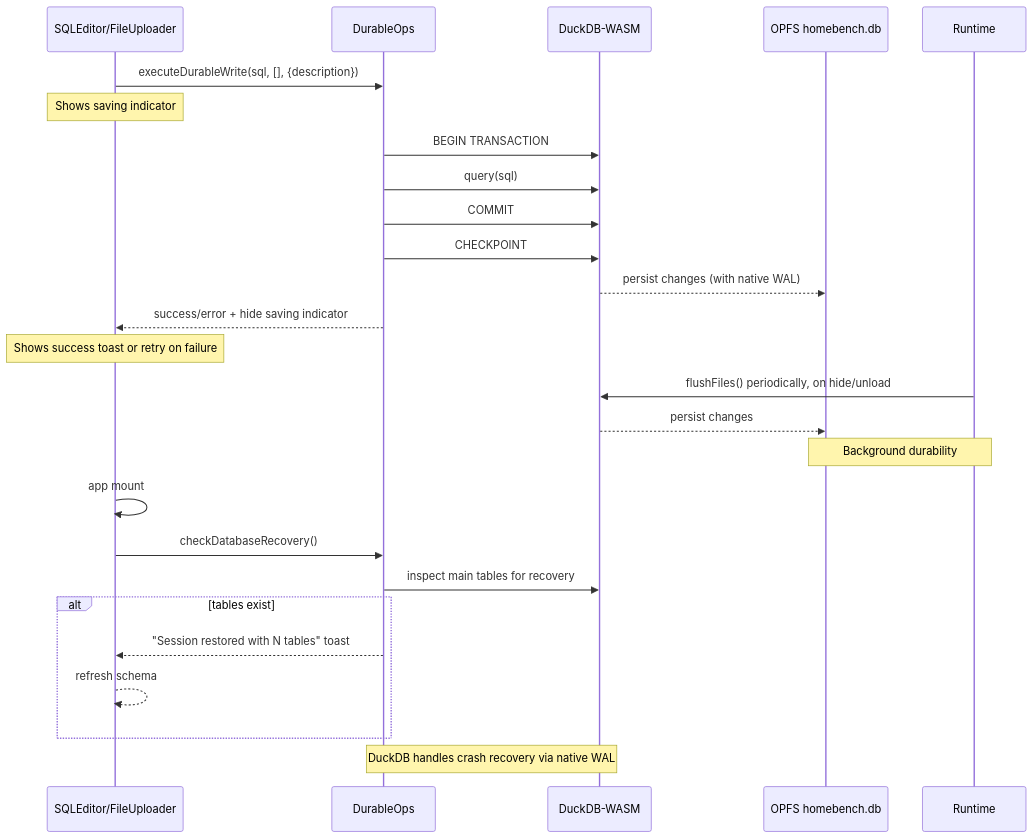
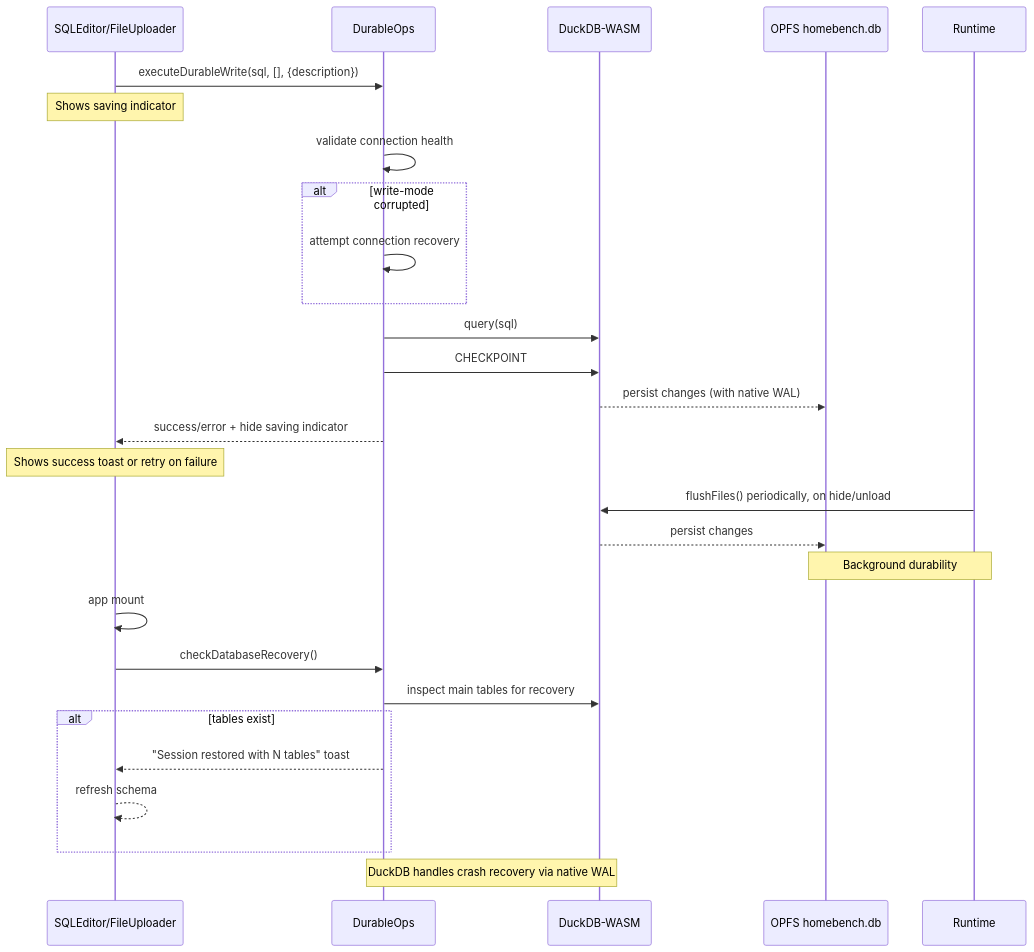
The third of 3 diagrams in lib/README.md (james-ralph8555/homebench), drawn with Mermaid before and after one commit. The commit also changed other lines of this file and 5 other files, not shown here.

First line of the commit message:
fix(durable): validate connection health and recover write-mode corruption; improve uploader errors; docs: update durability and troubleshooting

````diff
--- a/lib/README.md
+++ b/lib/README.md
@@ -85,31 +85,33 @@
 ```mermaid
 sequenceDiagram
   participant UI as SQLEditor/FileUploader
   participant Ops as DurableOps
   participant DB as DuckDB-WASM
   participant OPFS as OPFS homebench.db
   participant Runtime as Runtime
 
   UI->>Ops: executeDurableWrite(sql, [], {description})
   Note over UI: Shows saving indicator
-  Ops->>DB: BEGIN TRANSACTION
+  Ops->>Ops: validate connection health
+  alt write-mode corrupted
+    Ops->>Ops: attempt connection recovery
+  end
   Ops->>DB: query(sql)
-  Ops->>DB: COMMIT
   Ops->>DB: CHECKPOINT
   DB-->>OPFS: persist changes (with native WAL)
   Ops-->>UI: success/error + hide saving indicator
   Note over UI: Shows success toast or retry on failure
 
   Runtime->>DB: flushFiles() periodically, on hide/unload
   DB-->>OPFS: persist changes
   Note over Runtime,OPFS: Background durability
 
   UI->>UI: app mount
   UI->>Ops: checkDatabaseRecovery()
   Ops->>DB: inspect main tables for recovery
   alt tables exist
     Ops-->>UI: "Session restored with N tables" toast
     UI-->>UI: refresh schema
   end
   Note over Ops,DB: DuckDB handles crash recovery via native WAL
 ```
````
